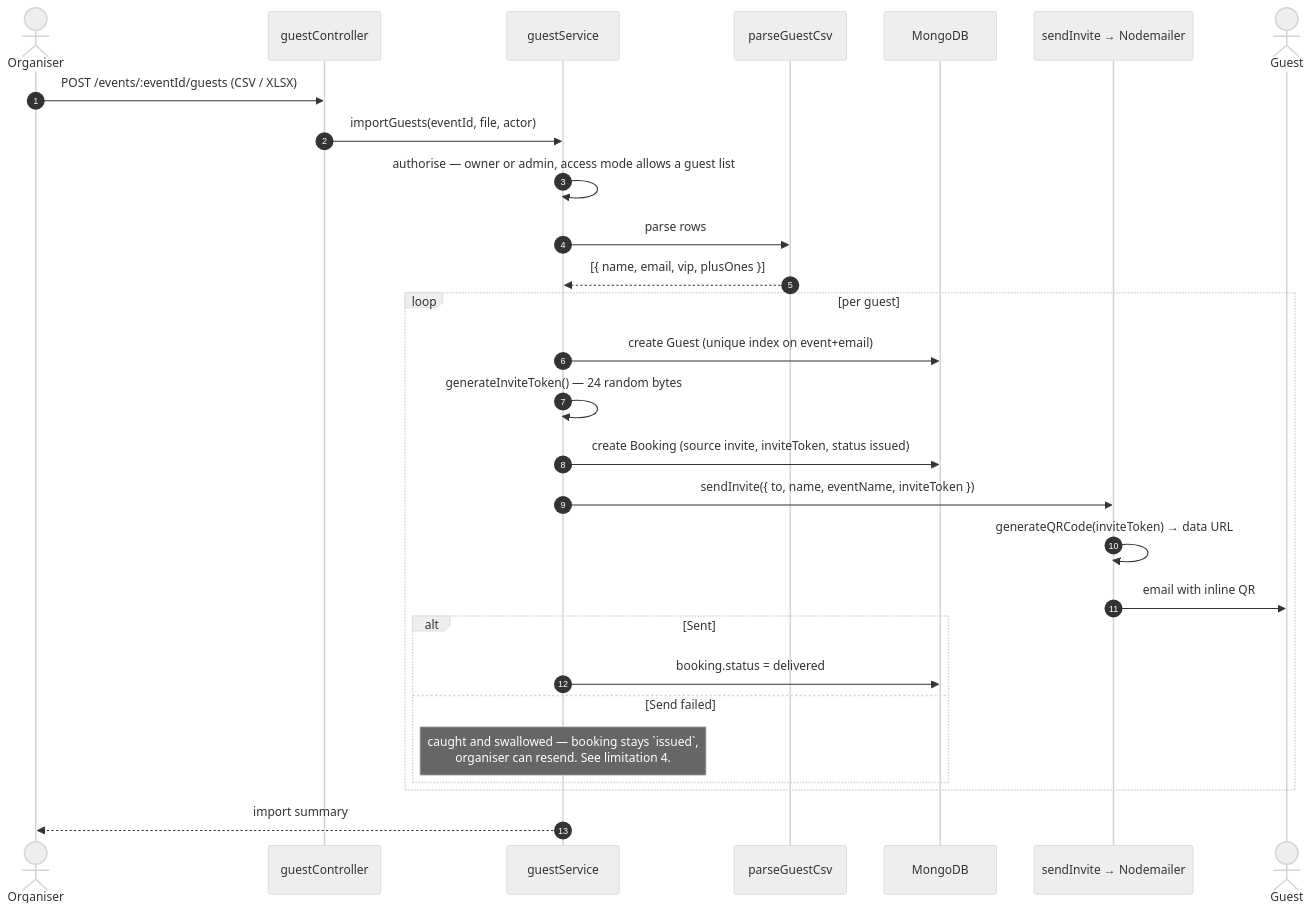
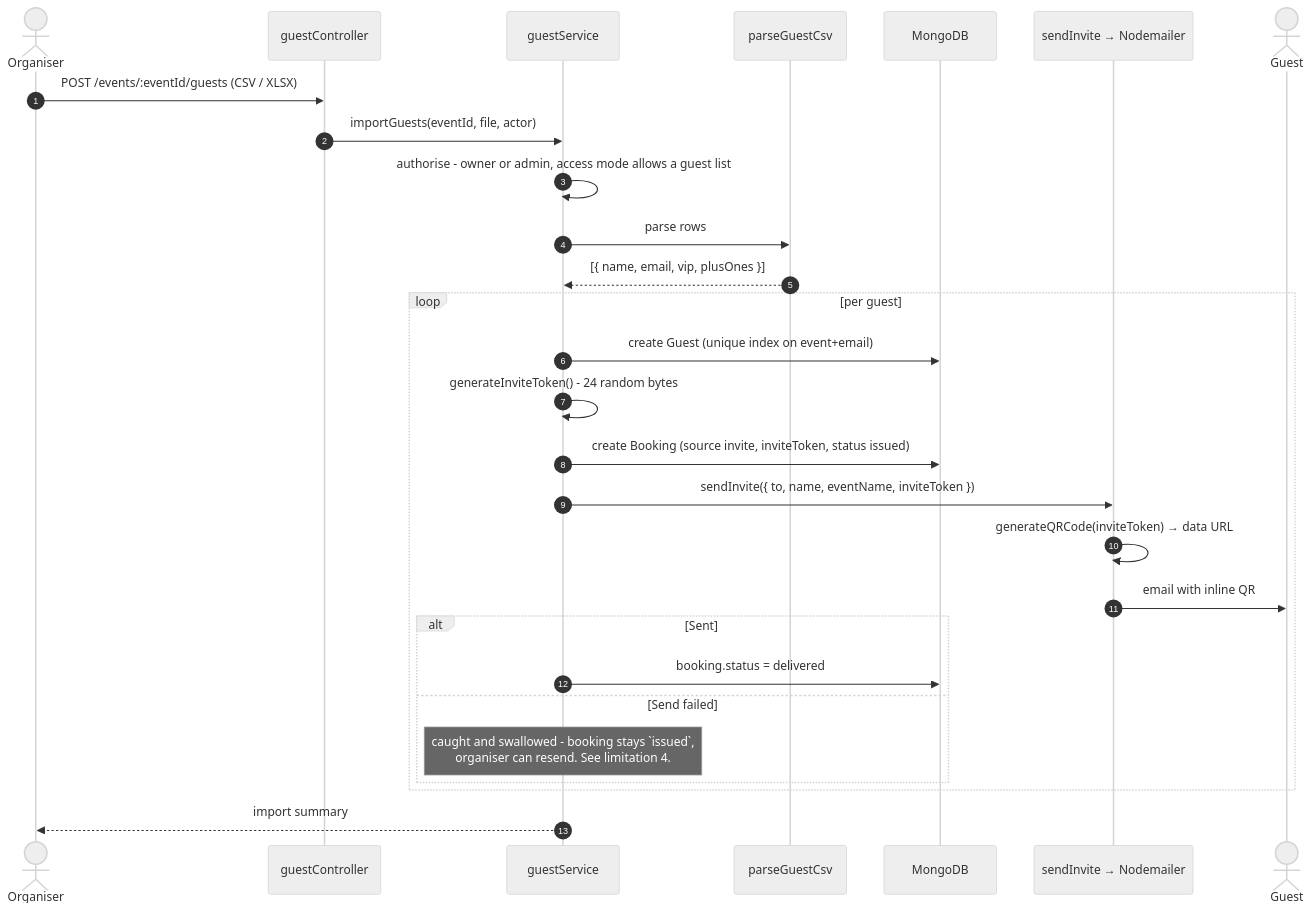
One commit to dLuxKid/ticketflow changed the fourth of 8 diagrams in docs/design-models.md. Above: the diagram before and after it, drawn with Mermaid (neutral theme). The commit also changed other lines of this file and 191 other files, not shown here.

````diff
--- a/docs/design-models.md
+++ b/docs/design-models.md
@@ -156,33 +156,33 @@
 ```mermaid
 sequenceDiagram
     autonumber
     actor O as Organiser
     participant GC as guestController
     participant GS as guestService
     participant P as parseGuestCsv
     participant DB as MongoDB
     participant M as sendInvite → Nodemailer
     actor G as Guest
 
     O->>GC: POST /events/:eventId/guests (CSV / XLSX)
     GC->>GS: importGuests(eventId, file, actor)
-    GS->>GS: authorise — owner or admin, access mode allows a guest list
+    GS->>GS: authorise - owner or admin, access mode allows a guest list
     GS->>P: parse rows
     P-->>GS: [{ name, email, vip, plusOnes }]
 
     loop per guest
         GS->>DB: create Guest (unique index on event+email)
-        GS->>GS: generateInviteToken() — 24 random bytes
+        GS->>GS: generateInviteToken() - 24 random bytes
         GS->>DB: create Booking (source invite, inviteToken, status issued)
         GS->>M: sendInvite({ to, name, eventName, inviteToken })
         M->>M: generateQRCode(inviteToken) → data URL
         M->>G: email with inline QR
         alt Sent
             GS->>DB: booking.status = delivered
         else Send failed
-            note over GS: caught and swallowed — booking stays `issued`,<br/>organiser can resend. See limitation 4.
+            note over GS: caught and swallowed - booking stays `issued`,<br/>organiser can resend. See limitation 4.
         end
     end
 
     GS-->>O: import summary
 ```
````
